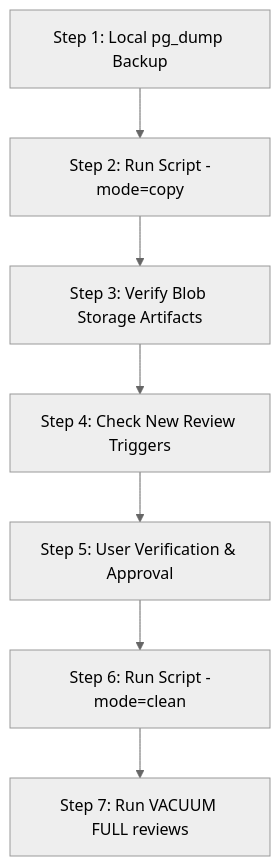
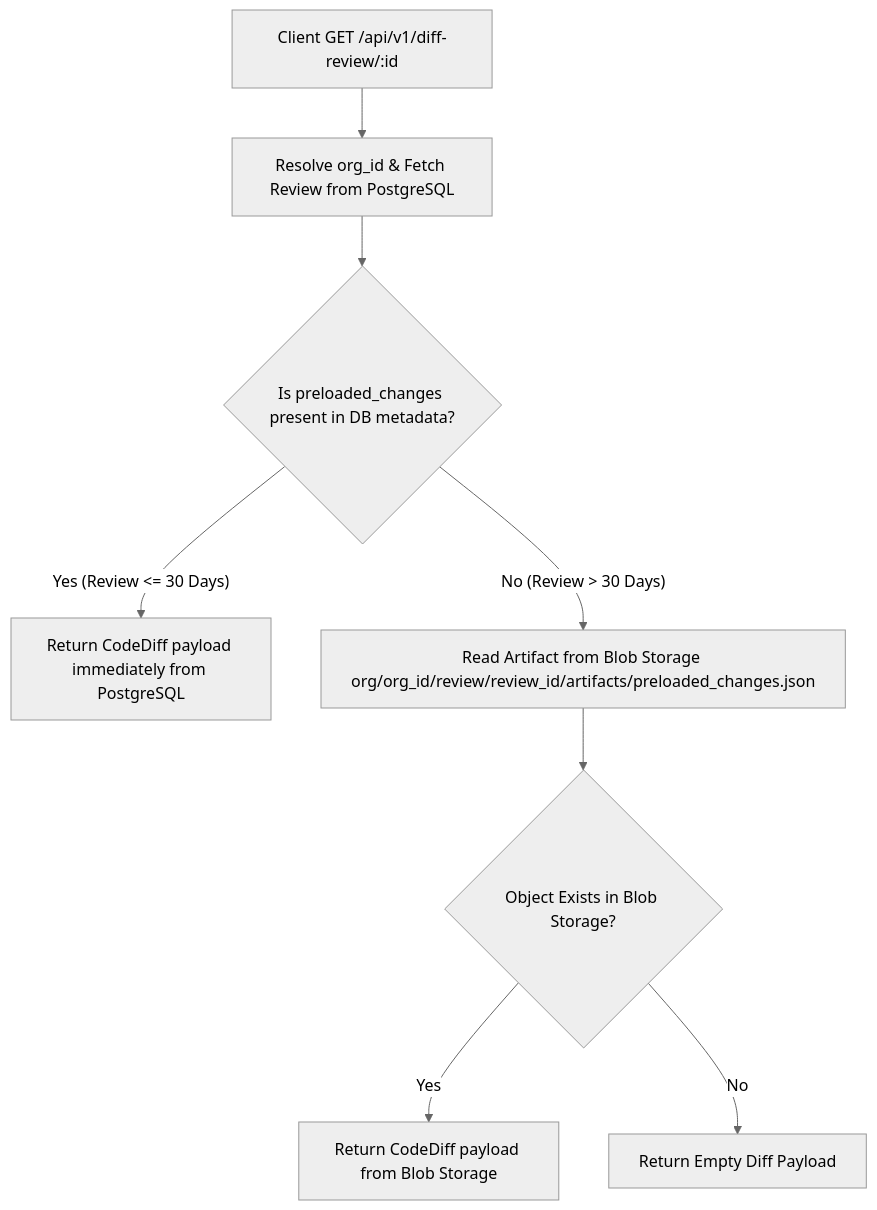
Before and after one commit to HexmosTech/LiveReview: the fourth of 4 diagrams in docs/architecture/diff_storage_offloading.md, drawn with Mermaid (neutral theme). The commit also changed other lines of this file and 11 other files, not shown here.

Commit message:
Implement Diff Archival to Blob Storage

````diff
--- a/docs/architecture/diff_storage_offloading.md
+++ b/docs/architecture/diff_storage_offloading.md
@@ -135,9 +124,10 @@
 ```mermaid
 flowchart TD
-    A["Step 1: Local pg_dump Backup"] --> B["Step 2: Run Script -mode=copy"]
-    B --> C["Step 3: Verify Blob Storage Artifacts"]
-    C --> D["Step 4: Check New Review Triggers"]
-    D --> E["Step 5: User Verification & Approval"]
-    E --> F["Step 6: Run Script -mode=clean"]
-    F --> G["Step 7: Run VACUUM FULL reviews"]
+    A["Client GET /api/v1/diff-review/:id"] --> B["Resolve org_id & Fetch Review from PostgreSQL"]
+    B --> C{"Is preloaded_changes present in DB metadata?"}
+    C -- "Yes (Review <= 30 Days)" --> D["Return CodeDiff payload immediately from PostgreSQL"]
+    C -- "No (Review > 30 Days)" --> E["Read Artifact from Blob Storage org/org_id/review/review_id/artifacts/preloaded_changes.json"]
+    E --> F{"Object Exists in Blob Storage?"}
+    F -- "Yes" --> G["Return CodeDiff payload from Blob Storage"]
+    F -- "No" --> H["Return Empty Diff Payload"]
 ```
````
